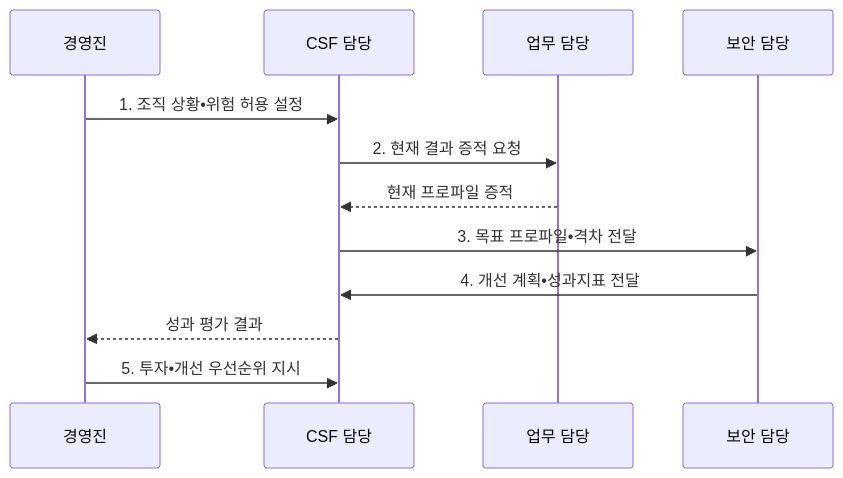
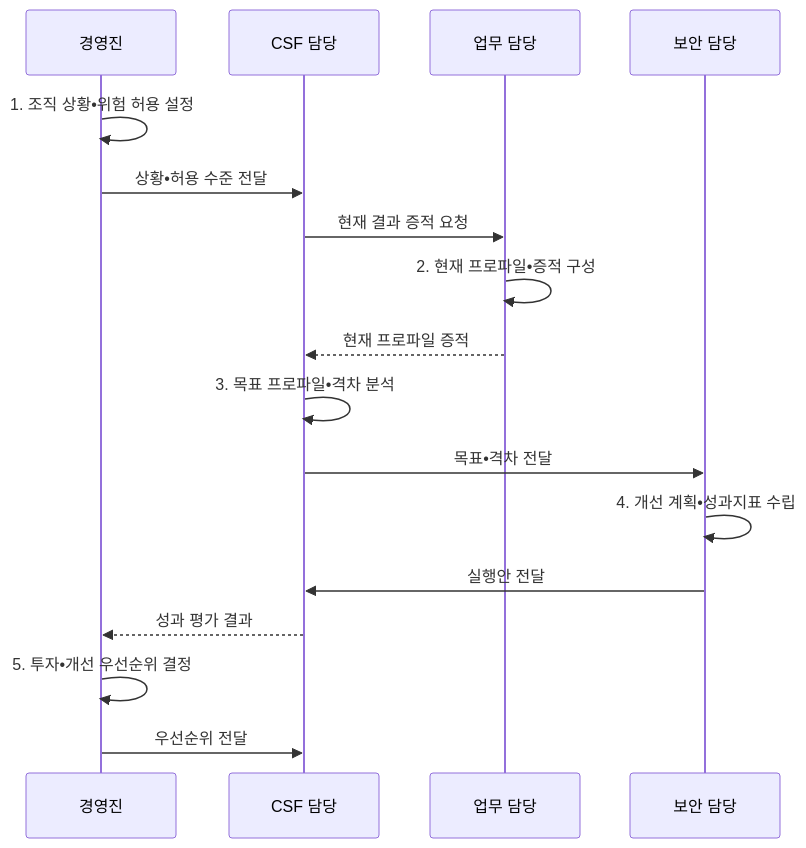
One commit to agnusdei1207/knowledge-base changed the second of 2 diagrams in src/content/docs/notes/05-security/111_nist_csf.md. Above: the diagram before and after it, drawn with Mermaid. The commit also changed other lines of this file and 20 other files, not shown here.

````diff
--- a/src/content/docs/notes/05-security/111_nist_csf.md
+++ b/src/content/docs/notes/05-security/111_nist_csf.md
@@ -106,14 +106,19 @@
 ```mermaid
 sequenceDiagram
   participant E as 경영진
   participant C as CSF 담당
   participant B as 업무 담당
   participant S as 보안 담당
-  E->>C: 1. 조직 상황•위험 허용 설정
-  C->>B: 2. 현재 결과 증적 요청
+  E->>E: 1. 조직 상황•위험 허용 설정
+  E->>C: 상황•허용 수준 전달
+  C->>B: 현재 결과 증적 요청
+  B->>B: 2. 현재 프로파일•증적 구성
   B-->>C: 현재 프로파일 증적
-  C->>S: 3. 목표 프로파일•격차 전달
-  S->>C: 4. 개선 계획•성과지표 전달
+  C->>C: 3. 목표 프로파일•격차 분석
+  C->>S: 목표•격차 전달
+  S->>S: 4. 개선 계획•성과지표 수립
+  S->>C: 실행안 전달
   C-->>E: 성과 평가 결과
-  E->>C: 5. 투자•개선 우선순위 지시
+  E->>E: 5. 투자•개선 우선순위 결정
+  E->>C: 우선순위 전달
 ```
````
